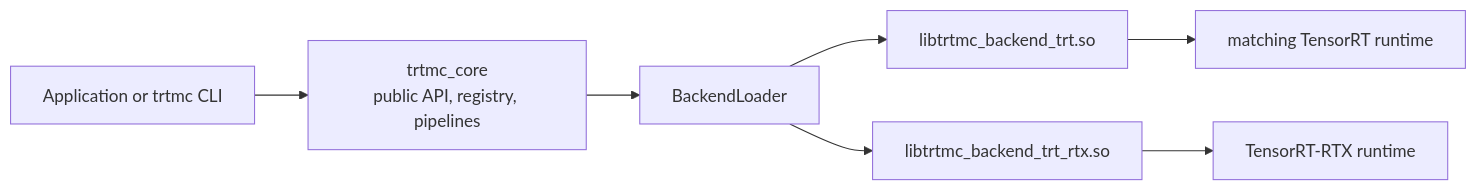
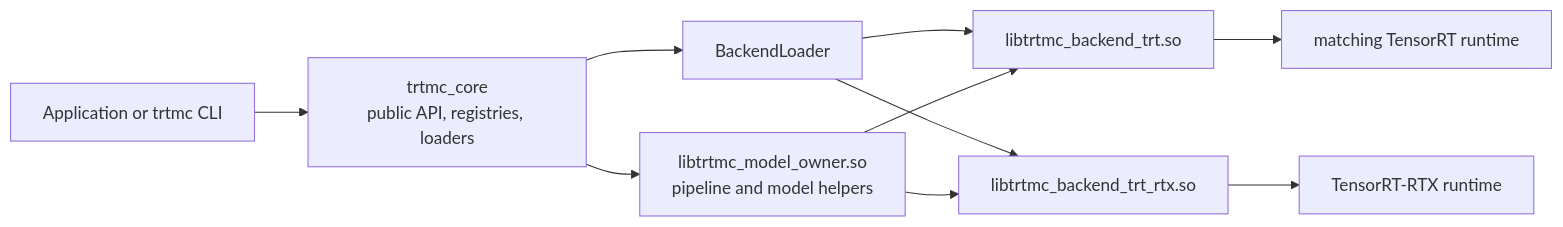
One commit to NVIDIA/TensorRT-Model-Connect changed the second of 2 diagrams in website/docs/architecture/build-system.md. Above: the diagram before and after it, drawn with Mermaid. The commit also changed other lines of this file and 104 other files, not shown here.

First line of the commit message:
docs: align documentation with current architecture

````diff
--- a/website/docs/architecture/build-system.md
+++ b/website/docs/architecture/build-system.md
@@ -50,9 +57,12 @@
 ```mermaid
 flowchart LR
-  App["Application or trtmc CLI"] --> Core["trtmc_core<br/>public API, registry, pipelines"]
+  App["Application or trtmc CLI"] --> Core["trtmc_core<br/>public API, registries, loaders"]
+  Core --> ModelDSO["libtrtmc_model_owner.so<br/>pipeline and model helpers"]
   Core --> Loader["BackendLoader"]
   Loader --> TrtDso["libtrtmc_backend_trt.so"]
   Loader --> RtxDso["libtrtmc_backend_trt_rtx.so"]
   TrtDso --> LibNvinfer["matching TensorRT runtime"]
   RtxDso --> RtxRuntime["TensorRT-RTX runtime"]
+  ModelDSO --> TrtDso
+  ModelDSO --> RtxDso
 ```
````
